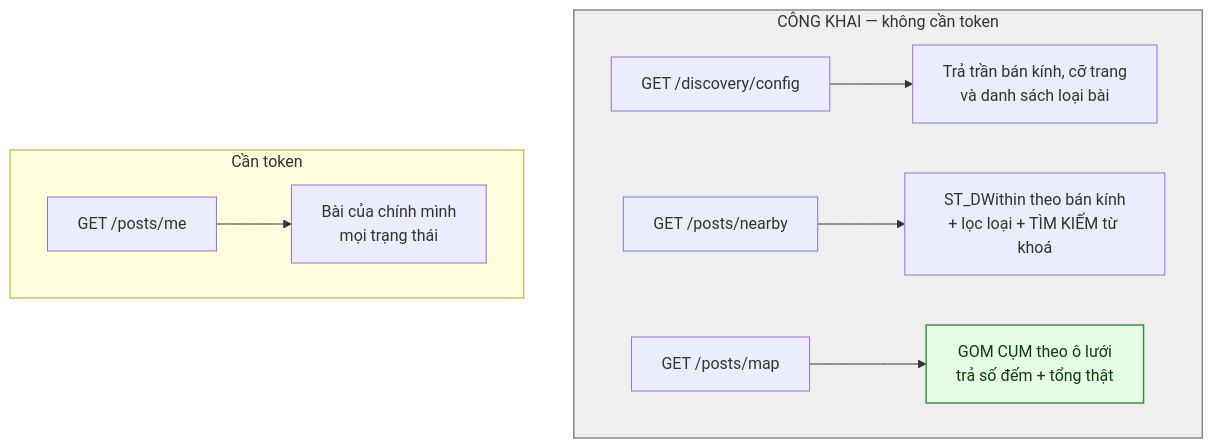
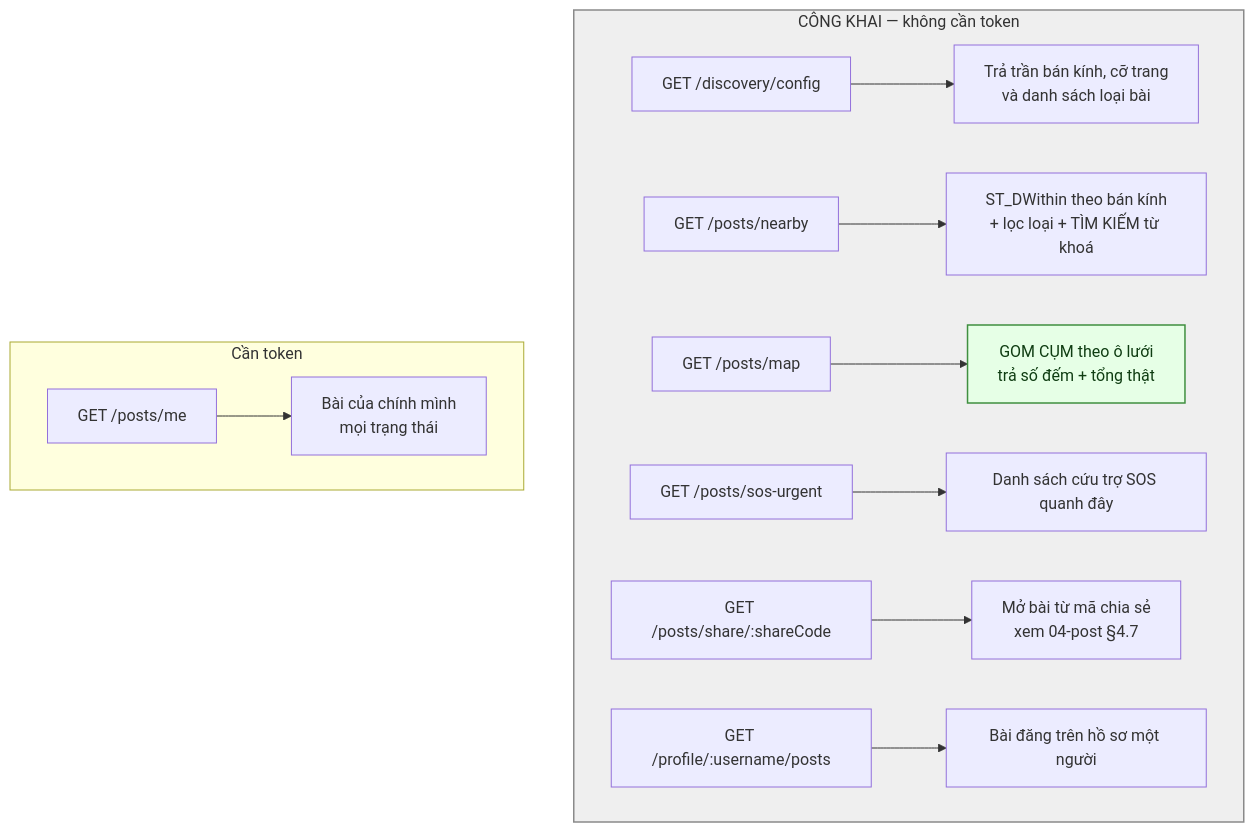
Before and after one commit to fdshn/trueheart: the first of 6 diagrams in docs/diagram/05-feed.md, drawn with Mermaid. The commit also changed other lines of this file and 49 other files, not shown here.

First line of the commit message:
docs: đối chiếu toàn bộ tài liệu sống với code, sinh danh sách route tự động

````diff
--- a/docs/diagram/05-feed.md
+++ b/docs/diagram/05-feed.md
@@ -7,14 +7,17 @@
 ```mermaid
 flowchart TD
     subgraph CongKhai["CÔNG KHAI — không cần token"]
         G1["GET /discovery/config"] --> G2[Trả trần bán kính, cỡ trang<br/>và danh sách loại bài]
         N1["GET /posts/nearby"] --> N2["ST_DWithin theo bán kính<br/>+ lọc loại + TÌM KIẾM từ khoá"]
         M1["GET /posts/map"] --> M2["GOM CỤM theo ô lưới<br/>trả số đếm + tổng thật"]
+        S1["GET /posts/sos-urgent"] --> S2[Danh sách cứu trợ SOS quanh đây]
+        H1["GET /posts/share/:shareCode"] --> H2[Mở bài từ mã chia sẻ<br/>xem 04-post §4.7]
+        P1["GET /profile/:username/posts"] --> P2[Bài đăng trên hồ sơ một người]
     end
     subgraph Rieng["Cần token"]
         O1["GET /posts/me"] --> O2[Bài của chính mình<br/>mọi trạng thái]
     end
 
     style CongKhai fill:#8c8c8c24,stroke:#8a8a8a,stroke-width:1.5px
     style M2 fill:#e6ffe6,stroke:#3f8f3f,stroke-width:1.5px,color:#0f3d12
 ```
````
